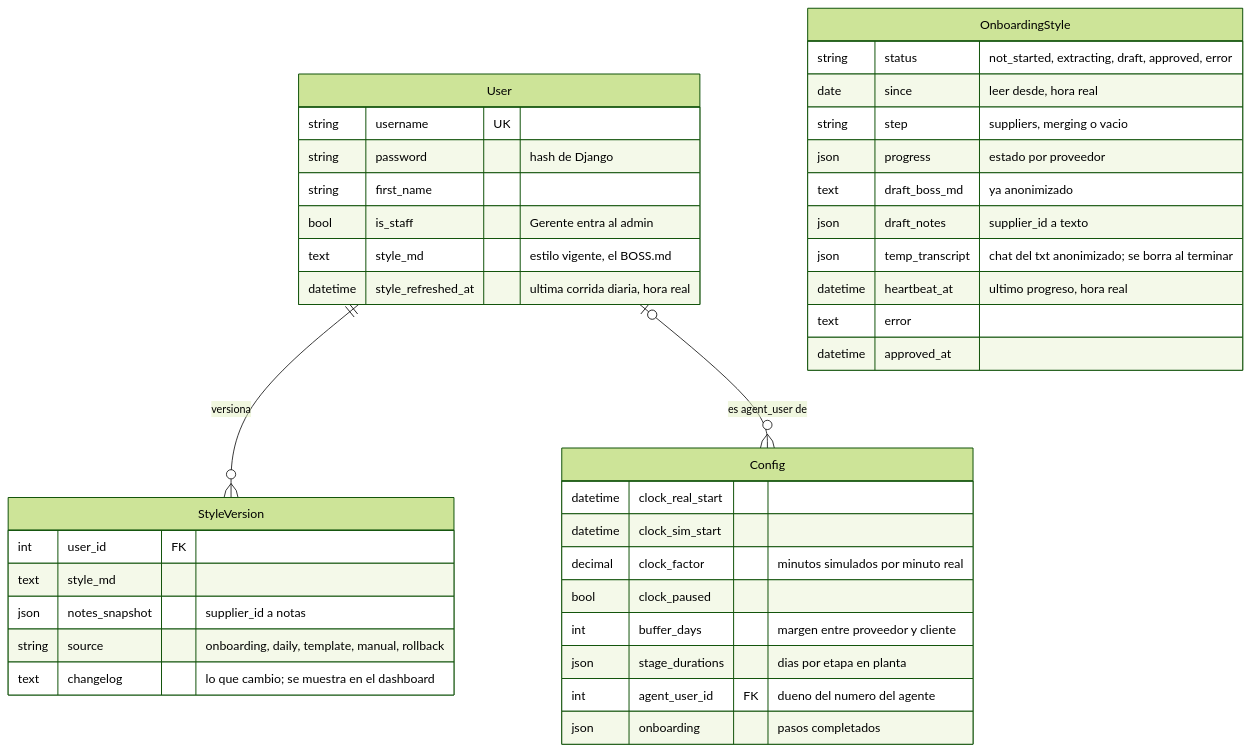
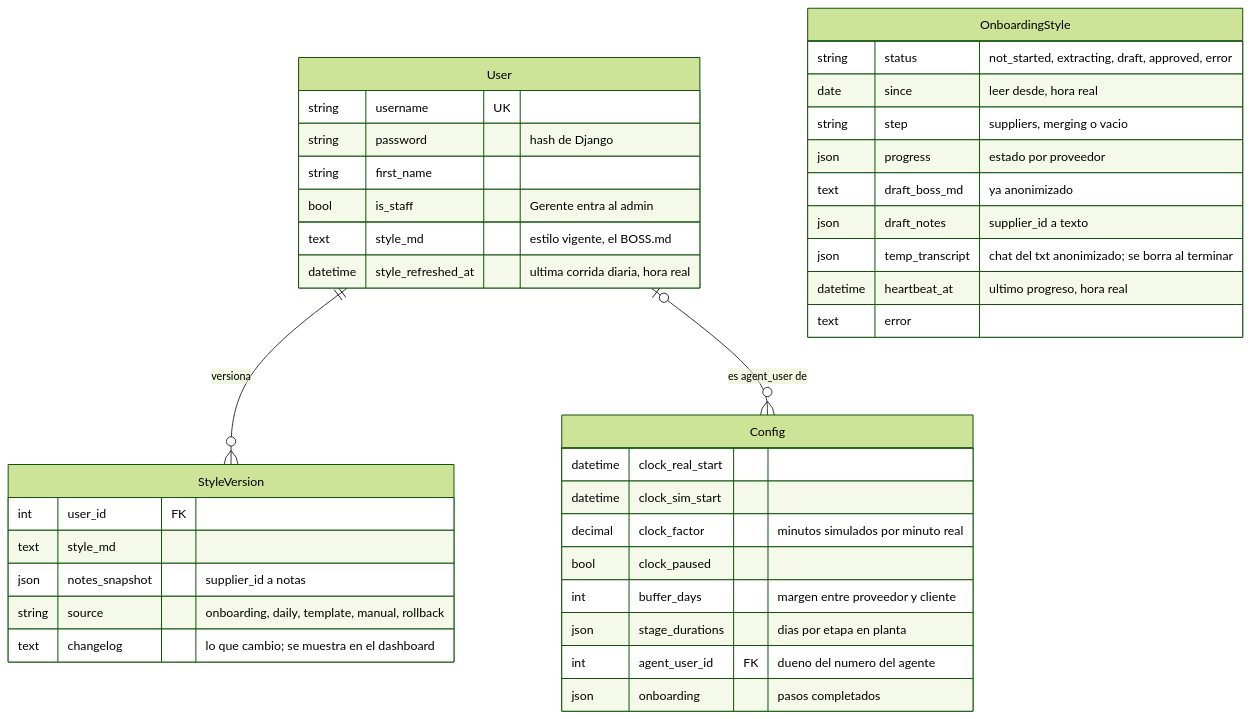
Before and after one commit to oscargicast/corpotex: the sixth of 11 diagrams in docs/backend/modelo-de-datos.md, drawn with Mermaid (forest theme). The commit also changed other lines of this file and 32 other files, not shown here.

````diff
--- a/docs/backend/modelo-de-datos.md
+++ b/docs/backend/modelo-de-datos.md
@@ -669,43 +682,42 @@
 ```mermaid
 erDiagram
     User ||--o{ StyleVersion : "versiona"
     User |o--o{ Config : "es agent_user de"
 
     User {
         string username UK
         string password "hash de Django"
         string first_name
         bool is_staff "Gerente entra al admin"
         text style_md "estilo vigente, el BOSS.md"
         datetime style_refreshed_at "ultima corrida diaria, hora real"
     }
     StyleVersion {
         int user_id FK
         text style_md
         json notes_snapshot "supplier_id a notas"
         string source "onboarding, daily, template, manual, rollback"
         text changelog "lo que cambio; se muestra en el dashboard"
     }
     Config {
         datetime clock_real_start
         datetime clock_sim_start
         decimal clock_factor "minutos simulados por minuto real"
         bool clock_paused
         int buffer_days "margen entre proveedor y cliente"
         json stage_durations "dias por etapa en planta"
         int agent_user_id FK "dueno del numero del agente"
         json onboarding "pasos completados"
     }
     OnboardingStyle {
         string status "not_started, extracting, draft, approved, error"
         date since "leer desde, hora real"
         string step "suppliers, merging o vacio"
         json progress "estado por proveedor"
         text draft_boss_md "ya anonimizado"
         json draft_notes "supplier_id a texto"
         json temp_transcript "chat del txt anonimizado; se borra al terminar"
         datetime heartbeat_at "ultimo progreso, hora real"
         text error
-        datetime approved_at
     }
 ```
````
